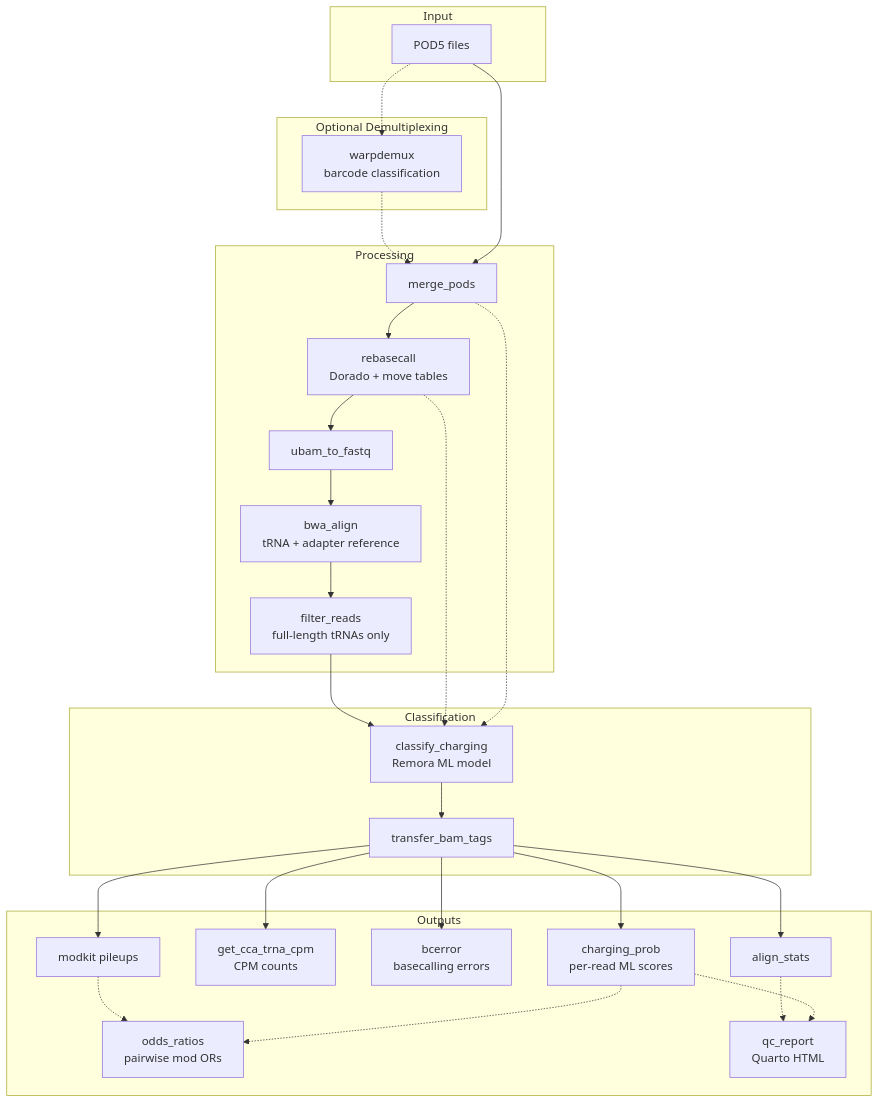
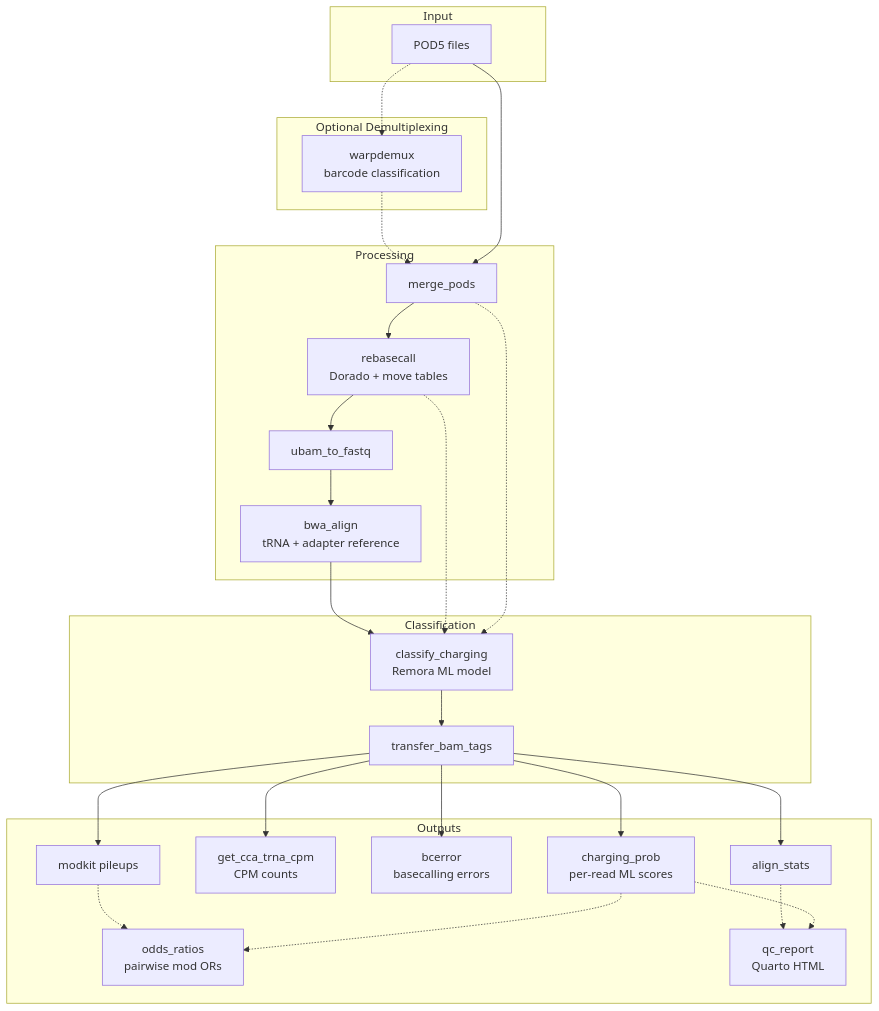
Before and after one commit to rnabioco/aa-tRNA-seq-pipeline: the diagram in README.md, drawn with Mermaid. The commit also changed 1 other file, not shown here.

Commit message:
docs: sync mermaid pipeline diagrams between README and docs/index
Remove nonexistent filter_reads step from README diagram and add
missing Demux subgraph, odds_ratios, and qc_report nodes to
docs/index.md so both diagrams match.

````diff
--- a/README.md
+++ b/README.md
@@ -96,40 +96,39 @@
 ```mermaid
 flowchart TD
     subgraph Input
         POD5[POD5 files]
     end
 
     subgraph Demux [Optional Demultiplexing]
         W[warpdemux<br/>barcode classification]
     end
 
     subgraph Processing
         A[merge_pods] --> B[rebasecall<br/>Dorado + move tables]
         B --> C[ubam_to_fastq]
         C --> D[bwa_align<br/>tRNA + adapter reference]
-        D --> E[filter_reads<br/>full-length tRNAs only]
     end
 
     subgraph Classification
-        E --> F[classify_charging<br/>Remora ML model]
+        D --> F[classify_charging<br/>Remora ML model]
         B -.-> F
         A -.-> F
         F --> G[transfer_bam_tags]
     end
 
     subgraph Outputs
         G --> H[charging_prob<br/>per-read ML scores]
         G --> I[get_cca_trna_cpm<br/>CPM counts]
         G --> J[bcerror<br/>basecalling errors]
         G --> K[align_stats]
         G --> L[modkit pileups]
         L -.-> M[odds_ratios<br/>pairwise mod ORs]
         H -.-> M
         K -.-> N[qc_report<br/>Quarto HTML]
         H -.-> N
     end
 
     POD5 -.-> W
     W -.-> A
     POD5 --> A
 ```
````
